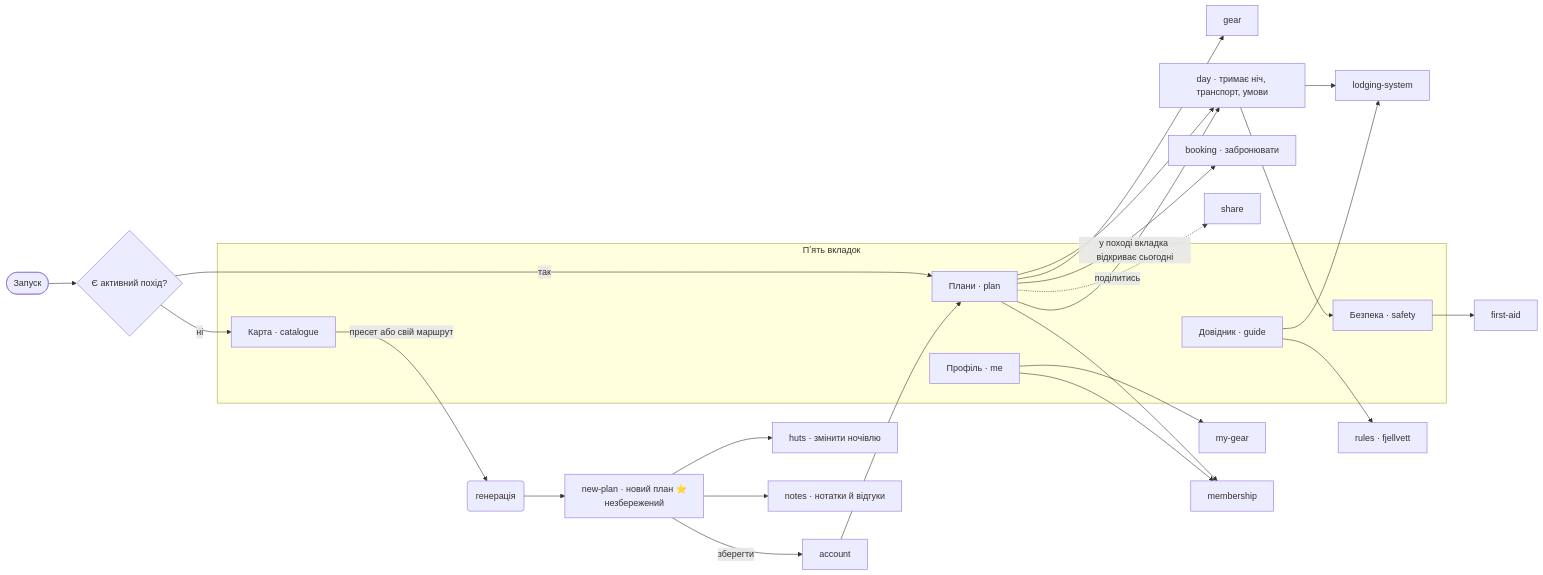
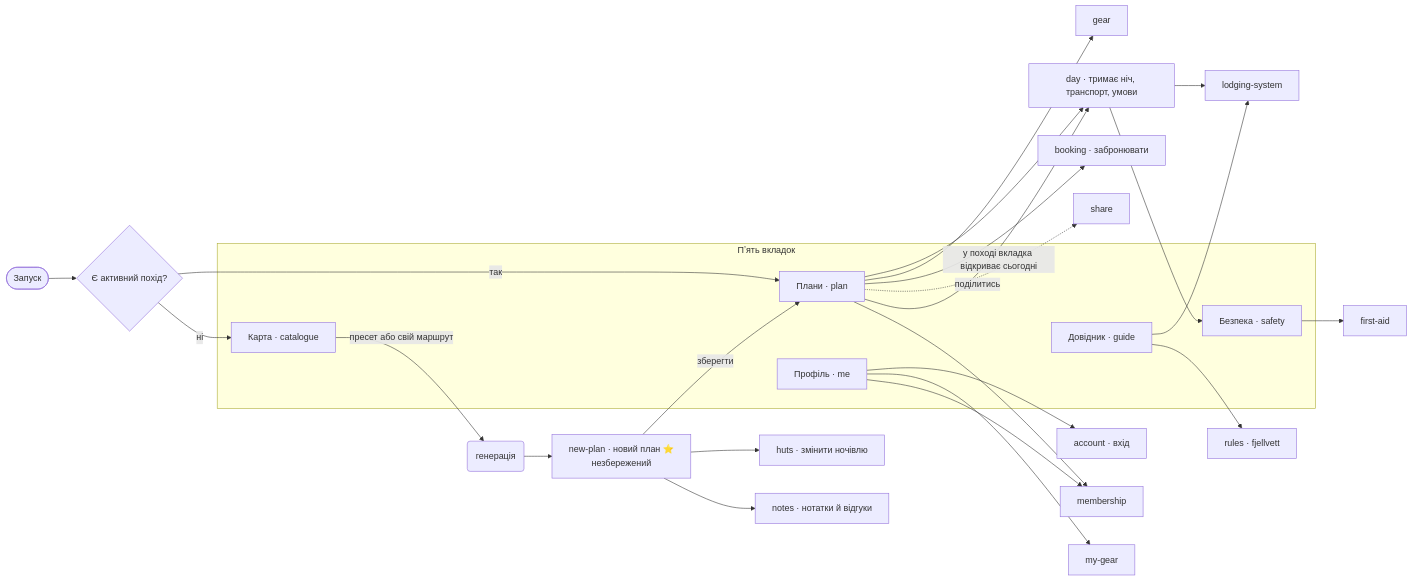
Before and after one commit to allaostrovaya/nestwood: the first of 2 diagrams in docs/wireframes/sitemap.md, drawn with Mermaid. The commit also changed other lines of this file and 83 other files, not shown here.

First line of the commit message:
Вхід — поза основним флоу: «Зберегти план» веде одразу в план

````diff
--- a/docs/wireframes/sitemap.md
+++ b/docs/wireframes/sitemap.md
@@ -894,35 +894,35 @@
 ```mermaid
 flowchart LR
     START([Запуск]) --> QACT{Є активний похід?}
     QACT -->|так| PLAN
     QACT -->|ні| CAT
 
     subgraph TABS ["Пʼять вкладок"]
         CAT["Карта · catalogue"]
         PLAN["Плани · plan"]
         GUIDE["Довідник · guide"]
         SAFE["Безпека · safety"]
         PROF["Профіль · me"]
     end
 
     CAT -->|пресет або свій маршрут| GEN("генерація")
     GEN --> NEW["new-plan · новий план ⭐<br/>незбережений"]
     NEW --> HUTS["huts · змінити ночівлю"]
     NEW --> NOTES["notes · нотатки й відгуки"]
-    NEW -->|зберегти| ACC["account"]
-    ACC --> PLAN
+    NEW -->|зберегти| PLAN
+    PROF --> ACC["account · вхід"]
     PLAN --> DAY["day · тримає ніч, транспорт, умови"]
     PLAN --> GEAR["gear"]
     PLAN --> BK["booking · забронювати"]
     PLAN -.поділитись.-> SH["share"]
     DAY --> LS["lodging-system"]
     PLAN -->|у поході вкладка відкриває сьогодні| DAY
     DAY --> SAFE
 
     GUIDE --> LS
     GUIDE --> RULES["rules · fjellvett"]
     SAFE --> FA["first-aid"]
     PROF --> MG["my-gear"]
     PROF --> MEM["membership"]
     PLAN --> MEM
 ```
````
